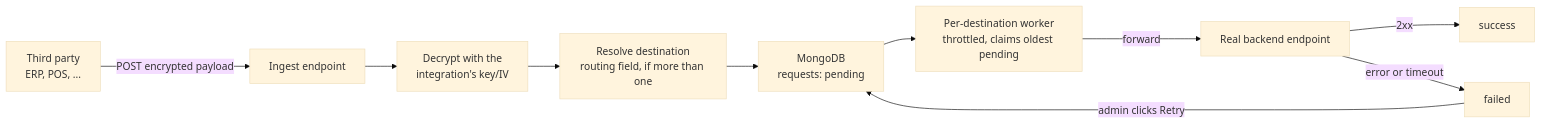
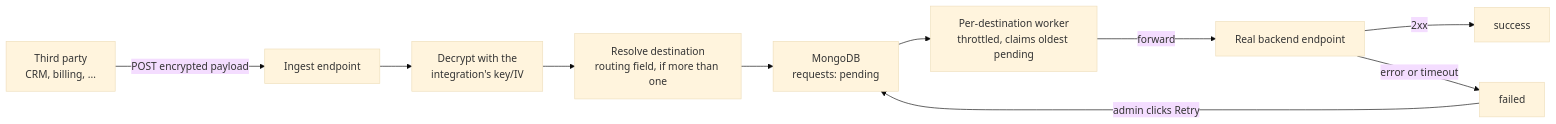
The diagram in README.md (MahirPatel/queue-manager), drawn with Mermaid (base theme) before and after one commit. The commit also changed other lines of this file and 18 other files, not shown here.

````diff
--- a/README.md
+++ b/README.md
@@ -48,12 +48,12 @@
 ```mermaid
 flowchart LR
-    TP["Third party<br/>ERP, POS, ..."] -->|POST encrypted payload| ING["Ingest endpoint"]
+    TP["Third party<br/>CRM, billing, ..."] -->|POST encrypted payload| ING["Ingest endpoint"]
     ING --> DEC["Decrypt with the<br/>integration's key/IV"]
     DEC --> ROUTE["Resolve destination<br/>routing field, if more than one"]
     ROUTE --> MONGO["MongoDB<br/>requests: pending"]
     MONGO --> WORKER["Per-destination worker<br/>throttled, claims oldest pending"]
     WORKER -->|forward| BACKEND["Real backend endpoint"]
     BACKEND -->|2xx| OK["success"]
     BACKEND -->|error or timeout| BAD["failed"]
     BAD -->|admin clicks Retry| MONGO
 ```
````
